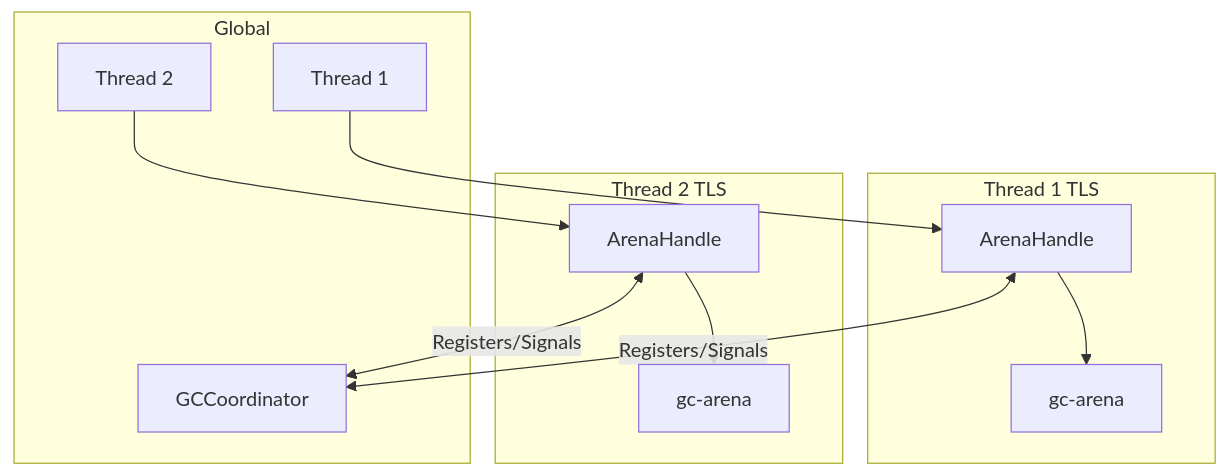
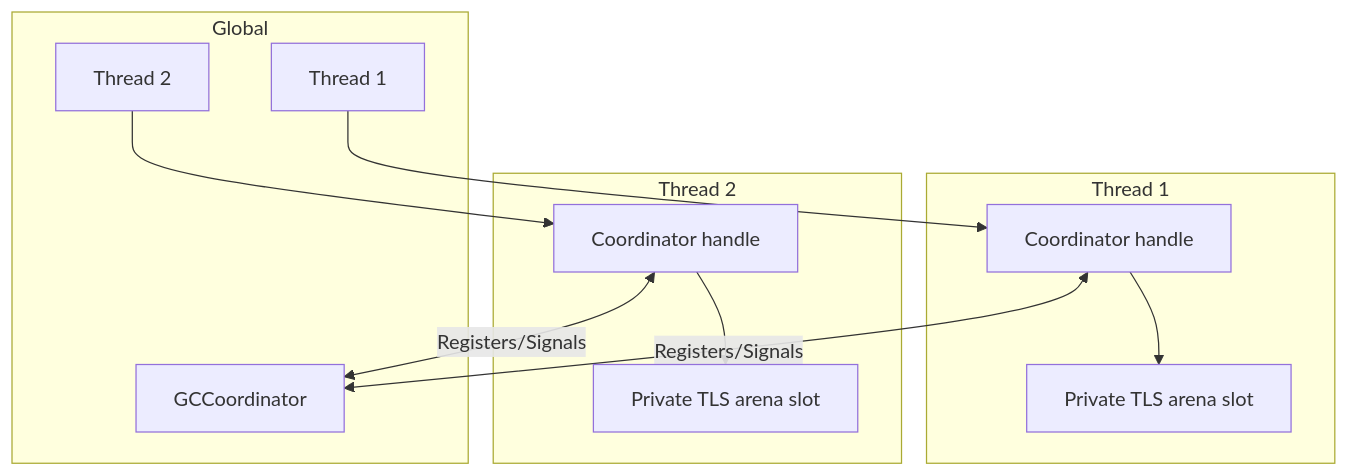
The first of 2 diagrams in docs/GC_AND_MEMORY_SAFETY.md (nickbclifford/dotnet-rs), drawn with Mermaid before and after one commit. The commit also changed other lines of this file and 23 other files, not shown here.

First line of the commit message:
refactor(vm): own executor arenas via thread-affine TLS reservation

````diff
--- a/docs/GC_AND_MEMORY_SAFETY.md
+++ b/docs/GC_AND_MEMORY_SAFETY.md
@@ -109,25 +135,25 @@
 ```mermaid
 graph TD
     subgraph Global
         C[GCCoordinator]
         T1[Thread 1]
         T2[Thread 2]
     end
     
-    subgraph "Thread 1 TLS"
-        A1[ArenaHandle]
-        GCA1[gc-arena]
+    subgraph "Thread 1"
+        A1[Coordinator handle]
+        GCA1[Private TLS arena slot]
     end
     
-    subgraph "Thread 2 TLS"
-        A2[ArenaHandle]
-        GCA2[gc-arena]
+    subgraph "Thread 2"
+        A2[Coordinator handle]
+        GCA2[Private TLS arena slot]
     end
     
     T1 --> A1
     T2 --> A2
     A1 --> GCA1
     A2 --> GCA2
     A1 <-->|Registers/Signals| C
     A2 <-->|Registers/Signals| C
 ```
````
